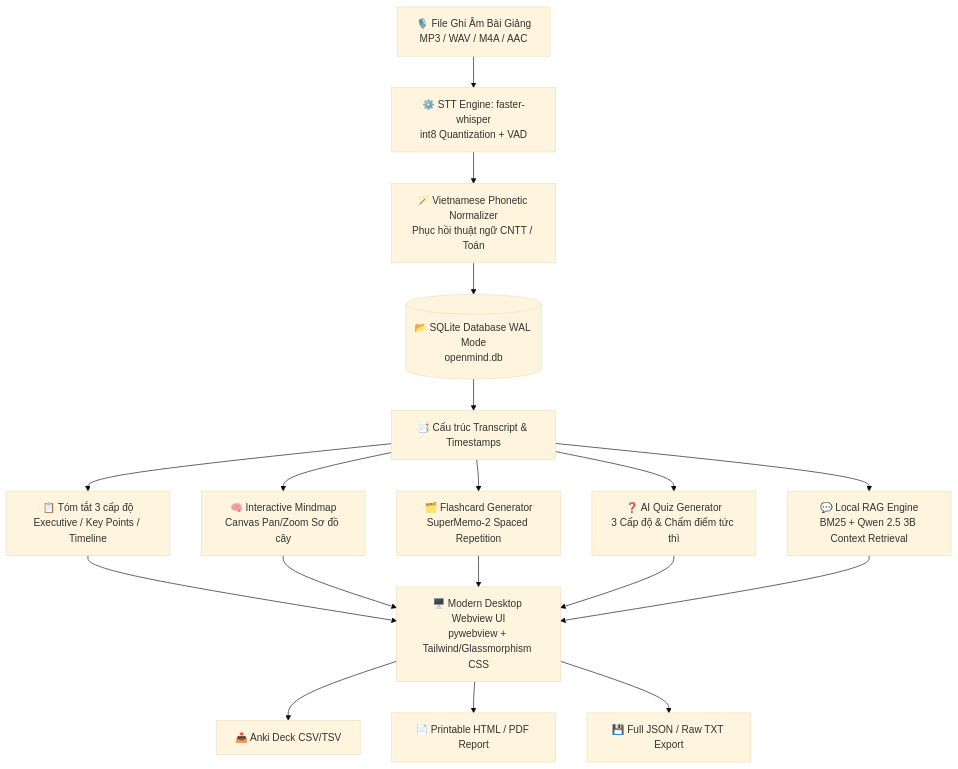
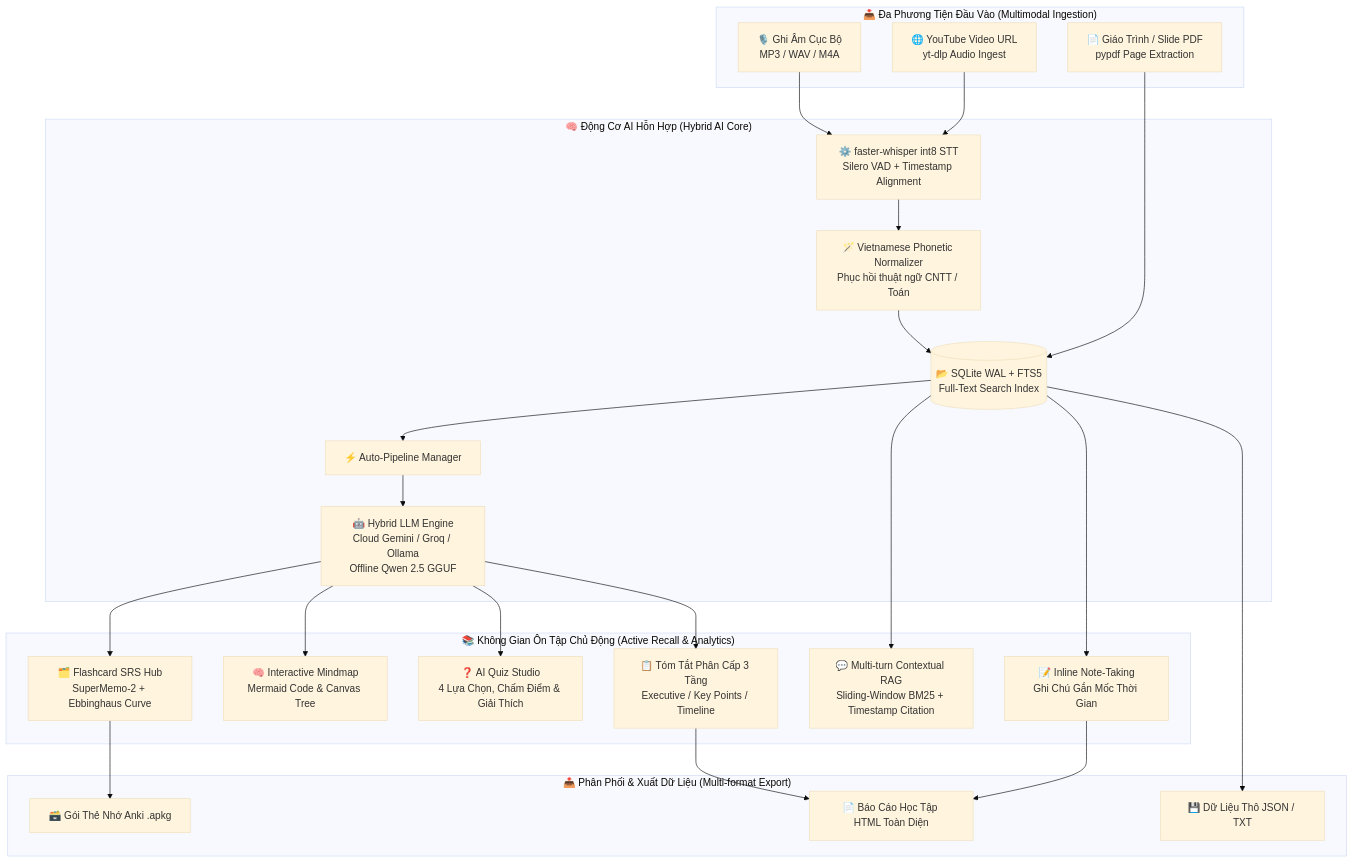
The diagram in README.md (dargits/Openmind), drawn with Mermaid (base theme) before and after one commit. The commit also changed other lines of this file and 8 other files, not shown here.

First line of the commit message:
docs: tái cấu trúc toàn diện tài liệu kỹ thuật, dọn dẹp kho lưu trữ và tối ưu bộ tiêu chí chấm mã nguồn PoF 2026

````diff
--- a/README.md
+++ b/README.md
@@ -42,20 +47,43 @@
 ```mermaid
 flowchart TD
-    A[🎙️ File Ghi Âm Bài Giảng<br>MP3 / WAV / M4A / AAC] --> B[⚙️ STT Engine: faster-whisper<br>int8 Quantization + VAD]
-    B --> C[🪄 Vietnamese Phonetic Normalizer<br>Phục hồi thuật ngữ CNTT / Toán]
-    C --> D[(📂 SQLite Database WAL Mode<br>openmind.db)]
-    
-    D --> E[📑 Cấu trúc Transcript & Timestamps]
-    
-    E --> F1[📋 Tóm tắt 3 cấp độ<br>Executive / Key Points / Timeline]
-    E --> F2[🧠 Interactive Mindmap<br>Canvas Pan/Zoom Sơ đồ cây]
-    E --> F3[🗂️ Flashcard Generator<br>SuperMemo-2 Spaced Repetition]
-    E --> F4[❓ AI Quiz Generator<br>3 Cấp độ & Chấm điểm tức thì]
-    E --> F5[💬 Local RAG Engine<br>BM25 + Qwen 2.5 3B Context Retrieval]
+    subgraph INGESTION ["📥 Đa Phương Tiện Đầu Vào (Multimodal Ingestion)"]
+        A1[🎙️ Ghi Âm Cục Bộ<br>MP3 / WAV / M4A] 
+        A2[🌐 YouTube Video URL<br>yt-dlp Audio Ingest]
+        A3[📄 Giáo Trình / Slide PDF<br>pypdf Page Extraction]
+    end
 
-    F1 & F2 & F3 & F4 & F5 --> G[🖥️ Modern Desktop Webview UI<br>pywebview + Tailwind/Glassmorphism CSS]
-    
-    G --> H1[📤 Anki Deck CSV/TSV]
-    G --> H2[📄 Printable HTML / PDF Report]
-    G --> H3[💾 Full JSON / Raw TXT Export]
+    subgraph CORE_AI ["🧠 Động Cơ AI Hỗn Hợp (Hybrid AI Core)"]
+        B[⚙️ faster-whisper int8 STT<br>Silero VAD + Timestamp Alignment]
+        C[🪄 Vietnamese Phonetic Normalizer<br>Phục hồi thuật ngữ CNTT / Toán]
+        D[(📂 SQLite WAL + FTS5<br>Full-Text Search Index)]
+        
+        P[⚡ Auto-Pipeline Manager]
+        LLM[🤖 Hybrid LLM Engine<br>Cloud Gemini / Groq / Ollama<br>Offline Qwen 2.5 GGUF]
+    end
+
+    subgraph ACTIVE_RECALL ["📚 Không Gian Ôn Tập Chủ Động (Active Recall & Analytics)"]
+        F1[📋 Tóm Tắt Phân Cấp 3 Tầng<br>Executive / Key Points / Timeline]
+        F2[🧠 Interactive Mindmap<br>Mermaid Code & Canvas Tree]
+        F3[❓ AI Quiz Studio<br>4 Lựa Chọn, Chấm Điểm & Giải Thích]
+        F4[🗂️ Flashcard SRS Hub<br>SuperMemo-2 + Ebbinghaus Curve]
+        F5[💬 Multi-turn Contextual RAG<br>Sliding-Window BM25 + Timestamp Citation]
+        F6[📝 Inline Note-Taking<br>Ghi Chú Gắn Mốc Thời Gian]
+    end
+
+    subgraph OUTPUT ["📤 Phân Phối & Xuất Dữ Liệu (Multi-format Export)"]
+        G1[🗃️ Gói Thẻ Nhớ Anki .apkg]
+        G2[📄 Báo Cáo Học Tập HTML Toàn Diện]
+        G3[💾 Dữ Liệu Thô JSON / TXT]
+    end
+
+    A1 & A2 --> B
+    B --> C --> D
+    A3 --> D
+    D --> P
+    P --> LLM
+    LLM --> F1 & F2 & F3 & F4
+    D --> F5 & F6
+    F4 --> G1
+    F1 & F6 --> G2
+    D --> G3
 ```
````
